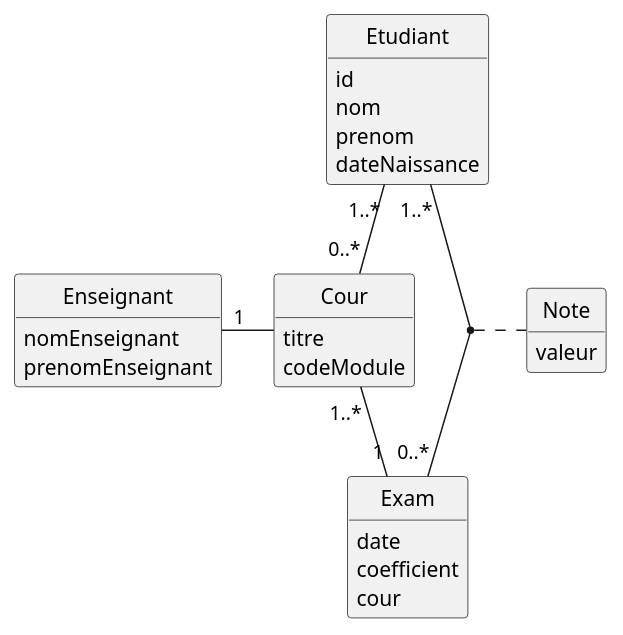
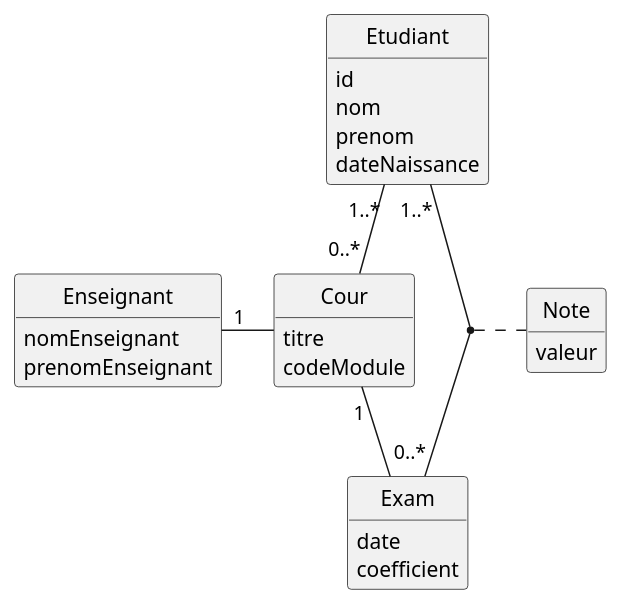
The diagram in TP1/2.1.plantuml (IUT-Blagnac/bcoo-Wassim746531), drawn with PlantUML before and after one commit.

```diff
--- a/TP1/2.1.plantuml
+++ b/TP1/2.1.plantuml
@@ -1,41 +1,40 @@
 @startuml
 
 hide circle
 hide empty attributes
 hide empty methods
 
 class Etudiant {
   id
   nom
   prenom
   dateNaissance
   }
 
 class Cour{
   titre
   codeModule
   }
 
 class Enseignant{
   nomEnseignant
   prenomEnseignant
 }
 
 Cour -left- "1" Enseignant
 
 class Exam{
   date
   coefficient
-  cour
   }
 
 class Note {
   valeur
   }
 
 Etudiant "1..*" -- "0..*" Cour
-Cour "1..*" -- "1" Exam
+Cour "1" -- Exam
 Etudiant "1..*" -- "0..*" Exam
 (Etudiant, Exam) . Note
 
 @enduml
```
